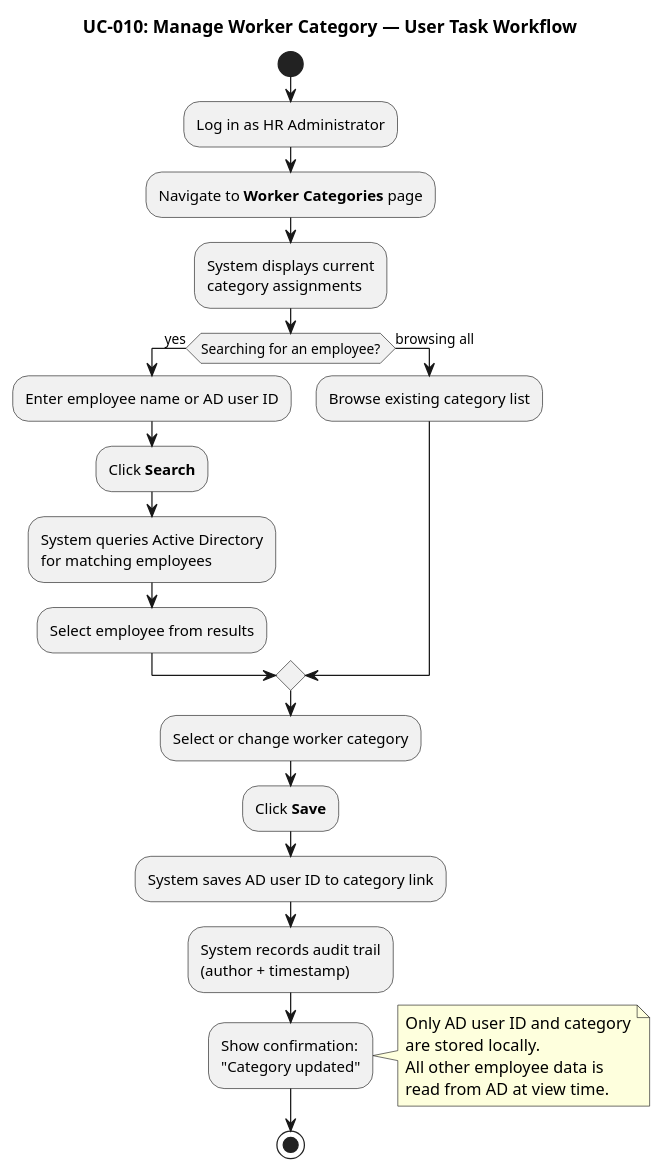
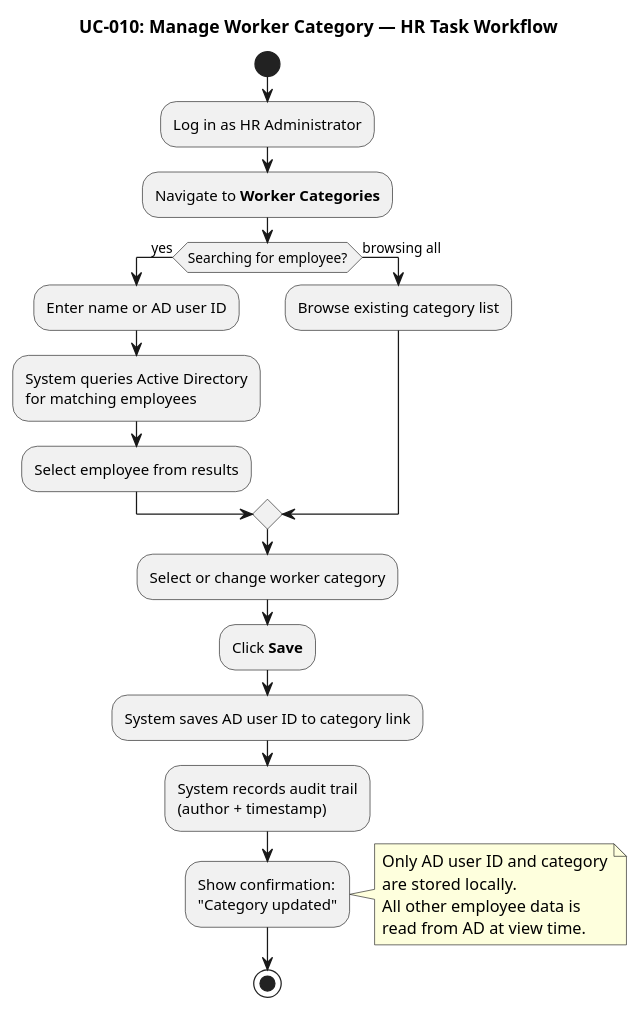
One commit to banense-test/portal-cuba-corp changed the ninth of 10 diagrams in docs/artifacts/deployment/user-documentation.md. Above: the diagram before and after it, drawn with PlantUML. The commit also changed other lines of this file, not shown here.

First line of the commit message:
Technical Writer [C2]: upsert User Documentation

````diff
--- a/docs/artifacts/deployment/user-documentation.md
+++ b/docs/artifacts/deployment/user-documentation.md
@@ -469,38 +473,36 @@
 ```plantuml
 @startuml
-title UC-010: Manage Worker Category — User Task Workflow
+title UC-010: Manage Worker Category — HR Task Workflow
 
 skinparam activityStyle rounded
 
 start
 :Log in as HR Administrator;
-:Navigate to **Worker Categories** page;
-:System displays current\ncategory assignments;
+:Navigate to **Worker Categories**;
 
-if (Searching for an employee?) then (yes)
-  :Enter employee name or AD user ID;
-  :Click **Search**;
+if (Searching for employee?) then (yes)
+  :Enter name or AD user ID;
   :System queries Active Directory\nfor matching employees;
   :Select employee from results;
 else (browsing all)
   :Browse existing category list;
 endif
 
 :Select or change worker category;
 :Click **Save**;
 
 :System saves AD user ID to category link;
 :System records audit trail\n(author + timestamp);
 :Show confirmation:\n"Category updated";
 
 note right
   Only AD user ID and category
   are stored locally.
   All other employee data is
   read from AD at view time.
 end note
 
 stop
 
 @enduml
 ```
````
